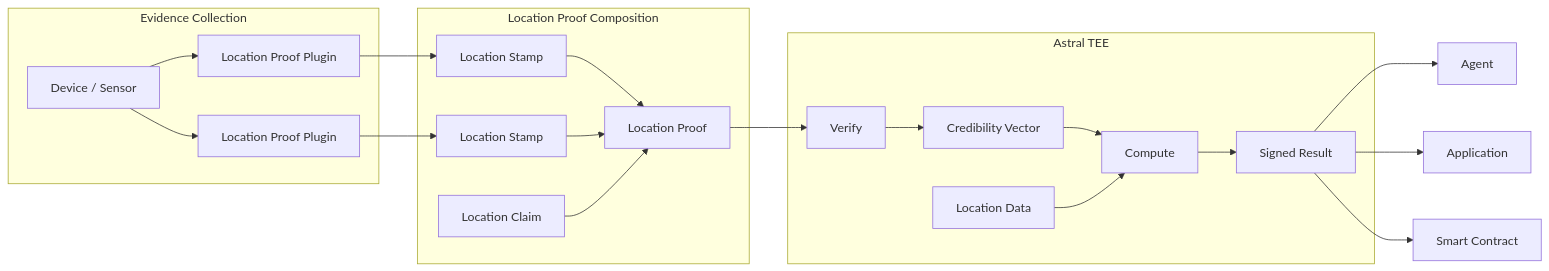
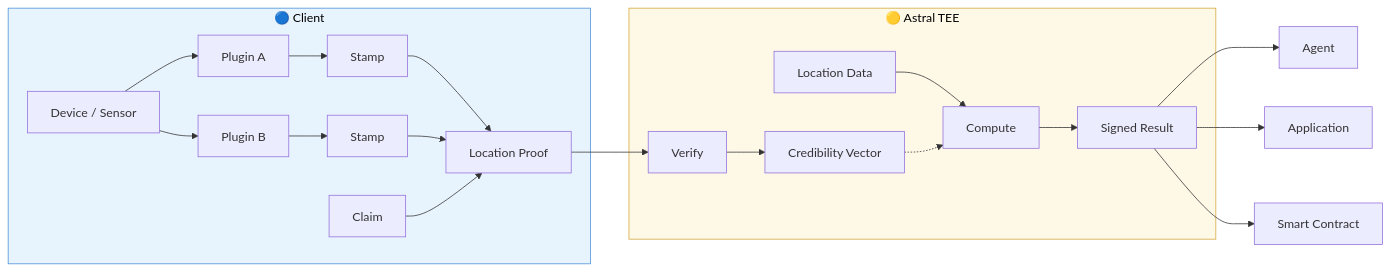
One commit to AstralProtocol/mintlify-docs changed the diagram in how-it-works.mdx. Above: the diagram before and after it, drawn with Mermaid. The commit also changed other lines of this file and 16 other files, not shown here.

````diff
--- a/how-it-works.mdx
+++ b/how-it-works.mdx
@@ -54,27 +66,27 @@
 ```mermaid
 graph LR
-    subgraph Evidence Collection
-        D[Device / Sensor] --> P1[Location Proof Plugin]
-        D --> P2[Location Proof Plugin]
+    subgraph Client["🔵 Client"]
+        D[Device / Sensor] --> P1[Plugin A]
+        D --> P2[Plugin B]
+        P1 --> S1[Stamp]
+        P2 --> S2[Stamp]
+        S1 --> LP[Location Proof]
+        S2 --> LP
+        CL[Claim] --> LP
     end
 
-    subgraph Location Proof Composition
-        P1 --> S1[Location Stamp]
-        P2 --> S2[Location Stamp]
-        S1 --> LP[Location Proof]
-        S2 --> LP
-        CL[Location Claim] --> LP
-    end
-
-    subgraph Astral TEE
+    subgraph TEE["🟡 Astral TEE"]
         LP --> VE[Verify]
-        VE --> CR[Credibility Vector]
-        CR --> CO[Compute]
-        LD[Location Data] --> CO
+        VE --> CV[Credibility Vector]
+        LD[Location Data] --> CO[Compute]
+        CV -.-> CO
         CO --> SR[Signed Result]
     end
 
     SR --> AG[Agent]
     SR --> AP[Application]
     SR --> SC[Smart Contract]
+
+    style Client fill:#e8f4fd,stroke:#4a90d9,color:#000
+    style TEE fill:#fef9e7,stroke:#d4a63a,color:#000
 ```
````
